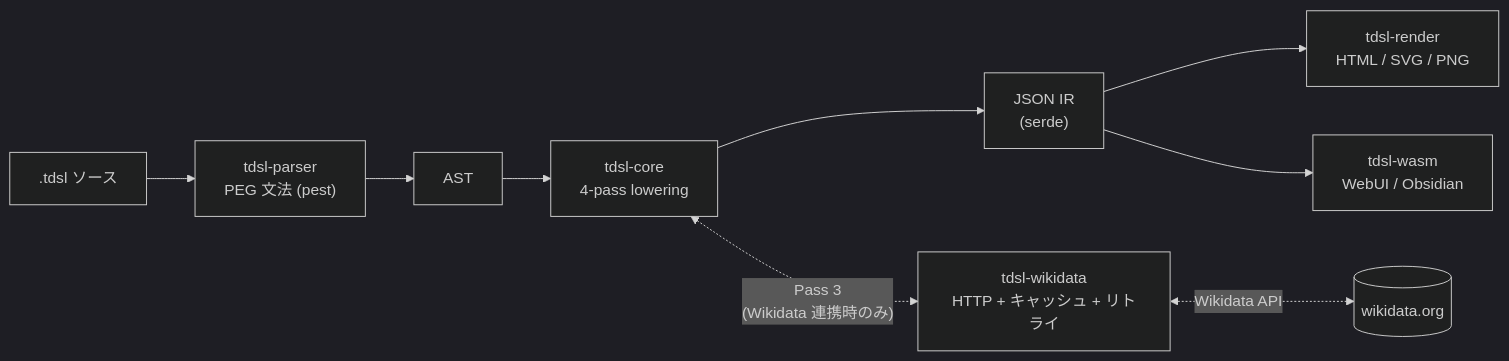
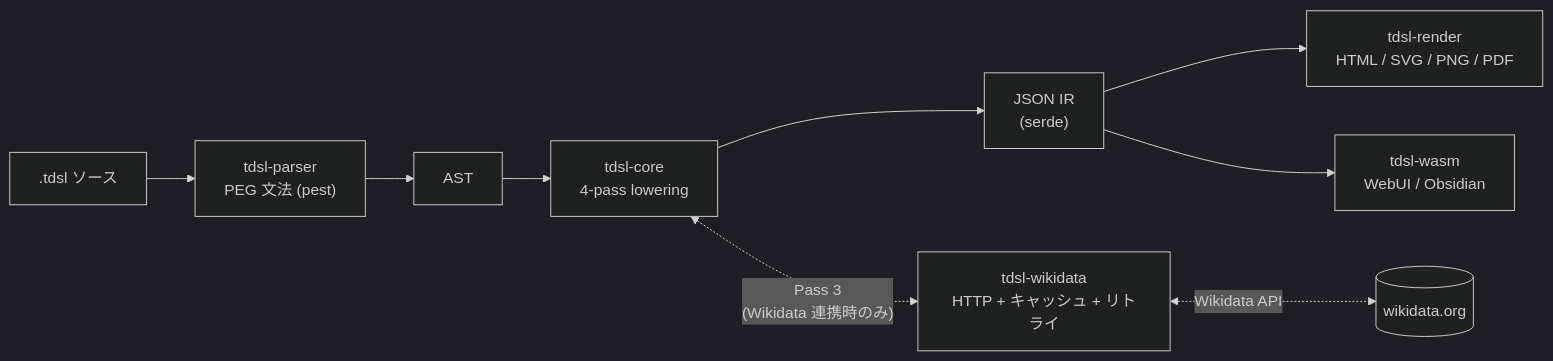
The first of 2 diagrams in README.ja.md (keroway/timeline-dsl), drawn with Mermaid (dark theme) before and after one commit. The commit also changed other lines of this file and 11 other files, not shown here.

First line of the commit message:
feat(render): tdsl render --format pdf によるベクタ PDF 出力 (#265)

````diff
--- a/README.ja.md
+++ b/README.ja.md
@@ -417,11 +421,11 @@
 ```mermaid
 flowchart LR
     src[".tdsl ソース"] --> parser["tdsl-parser<br/>PEG 文法 (pest)"]
     parser --> ast["AST"]
     ast --> core["tdsl-core<br/>4-pass lowering"]
     core --> ir["JSON IR<br/>(serde)"]
-    ir --> render["tdsl-render<br/>HTML / SVG / PNG"]
+    ir --> render["tdsl-render<br/>HTML / SVG / PNG / PDF"]
     ir --> wasm["tdsl-wasm<br/>WebUI / Obsidian"]
     core <-. "Pass 3<br/>(Wikidata 連携時のみ)" .-> wikidata["tdsl-wikidata<br/>HTTP + キャッシュ + リトライ"]
     wikidata <-. "Wikidata API" .-> wd[("wikidata.org")]
 ```
````
